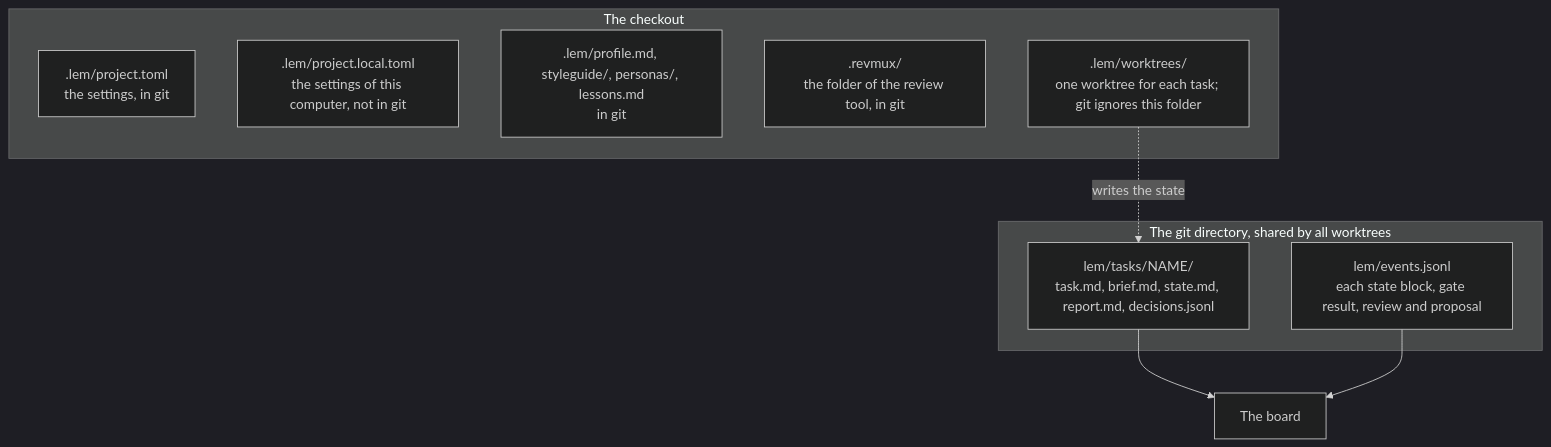
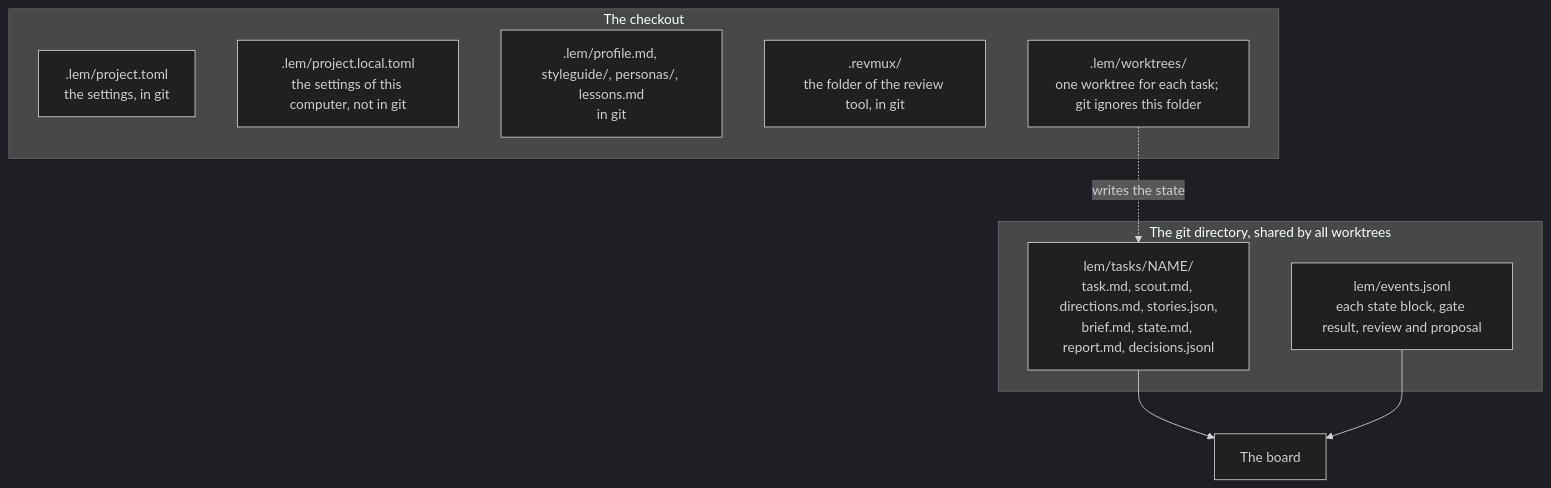
Before and after one commit to pySilver/lem: the third of 3 diagrams in README.md, drawn with Mermaid (dark theme). The commit also changed other lines of this file and 13 other files, not shown here.

First line of the commit message:
feat(new): a usual request has an interview with a scout, and its stories reach the owner with the personas' read before the build

````diff
--- a/README.md
+++ b/README.md
@@ -268,17 +312,17 @@
 ```mermaid
 flowchart TD
     subgraph checkout [The checkout]
         toml[.lem/project.toml<br/>the settings, in git]
         local[.lem/project.local.toml<br/>the settings of this computer, not in git]
         profiles[.lem/profile.md, styleguide/, personas/, lessons.md<br/>in git]
         revmux[.revmux/<br/>the folder of the review tool, in git]
         wt[.lem/worktrees/<br/>one worktree for each task; git ignores this folder]
     end
     subgraph gitdir [The git directory, shared by all worktrees]
-        tasks[lem/tasks/NAME/<br/>task.md, brief.md, state.md, report.md, decisions.jsonl]
+        tasks[lem/tasks/NAME/<br/>task.md, scout.md, directions.md, stories.json,<br/>brief.md, state.md, report.md, decisions.jsonl]
         events[lem/events.jsonl<br/>each state block, gate result, review and proposal]
     end
     wt -. writes the state .-> tasks
     tasks --> board[The board]
     events --> board
 ```
````
